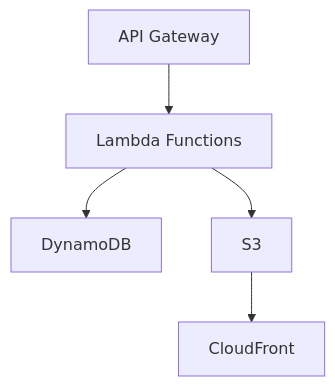
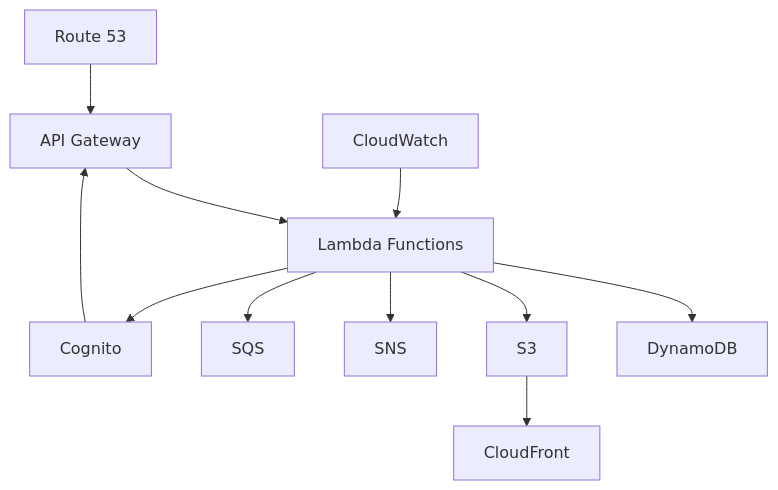
The diagram in README.md (ankitnwemp/demo), drawn with Mermaid before and after one commit. The commit also changed other lines of this file, not shown here.

````diff
--- a/README.md
+++ b/README.md
@@ -9,7 +9,13 @@
 ```mermaid
 graph TD;
     A[API Gateway] --> B[Lambda Functions];
     B --> C[DynamoDB];
     B --> D[S3];
     D --> E[CloudFront];
+    B --> F[SNS];
+    B --> G[SQS];
+    B --> H[Cognito];
+    H --> A;
+    I[Route 53] --> A;
+    J[CloudWatch] --> B;
 ```
````
